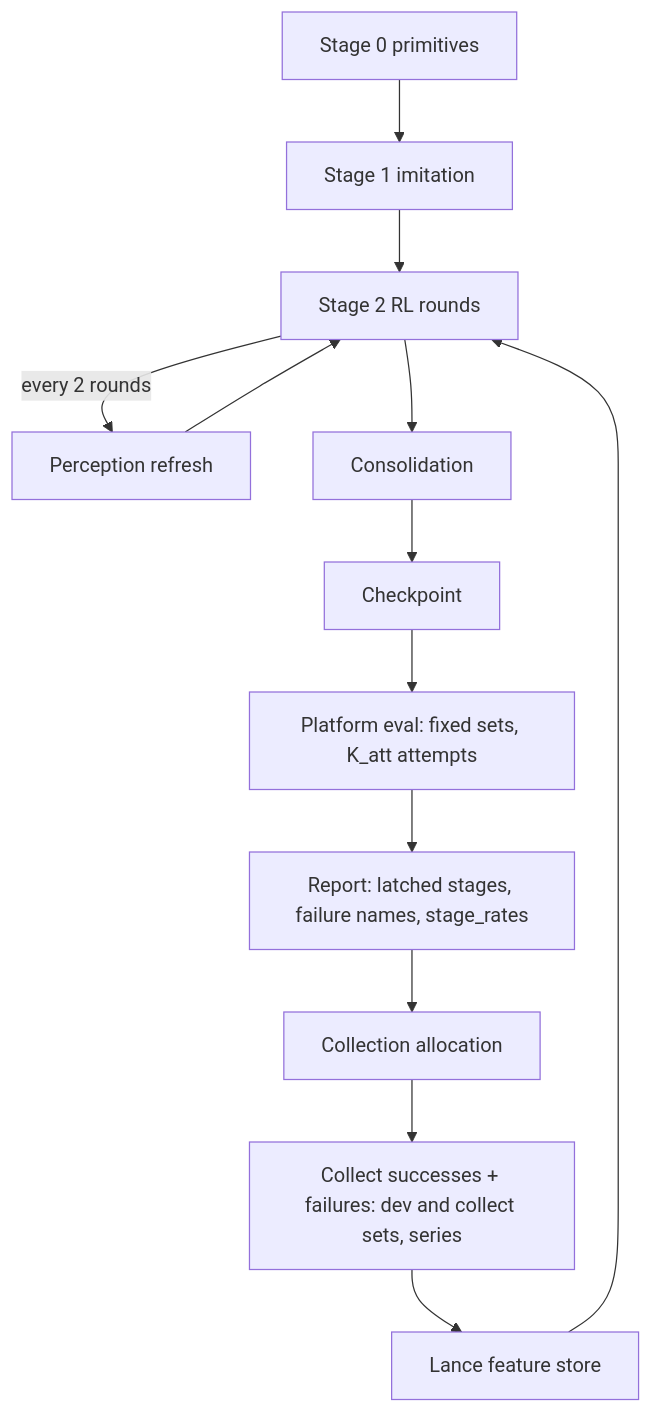
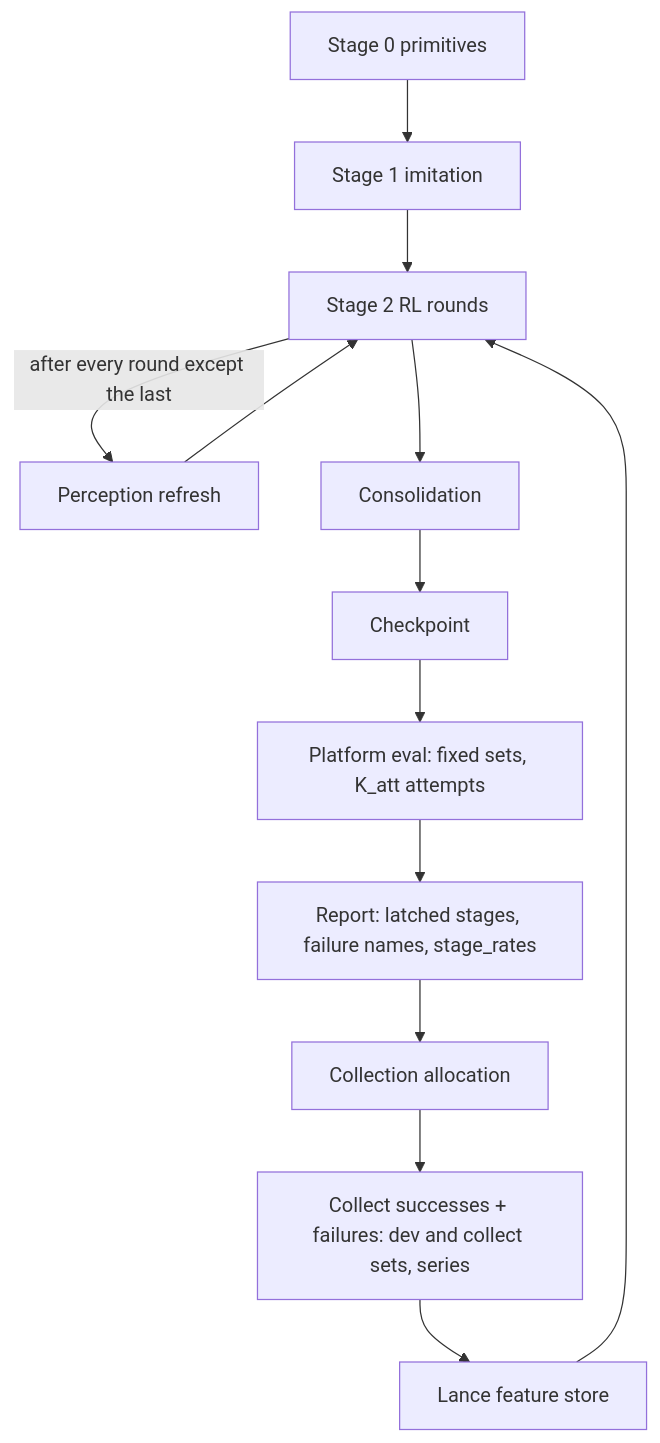
Before and after one commit to iampa1teja/Sim-To-Real: the second of 2 diagrams in docs/renest_vla_design.md, drawn with Mermaid. The commit also changed other lines of this file, not shown here.

First line of the commit message:
Revise ReNest-VLA design after review round 2

````diff
--- a/docs/renest_vla_design.md
+++ b/docs/renest_vla_design.md
@@ -135,15 +135,15 @@
 ```mermaid
 flowchart TB
     S0[Stage 0 primitives] --> S1[Stage 1 imitation]
     S1 --> S2[Stage 2 RL rounds]
-    S2 -->|every 2 rounds| PRF[Perception refresh]
+    S2 -->|after every round except the last| PRF[Perception refresh]
     PRF --> S2
     S2 --> CON[Consolidation]
     CON --> CK[Checkpoint]
     CK --> EV[Platform eval: fixed sets, K_att attempts]
     EV --> REP[Report: latched stages, failure names, stage_rates]
     REP --> ALLOC[Collection allocation]
     ALLOC --> COL[Collect successes + failures: dev and collect sets, series]
     COL --> LANCE[Lance feature store]
     LANCE --> S2
 ```
````
